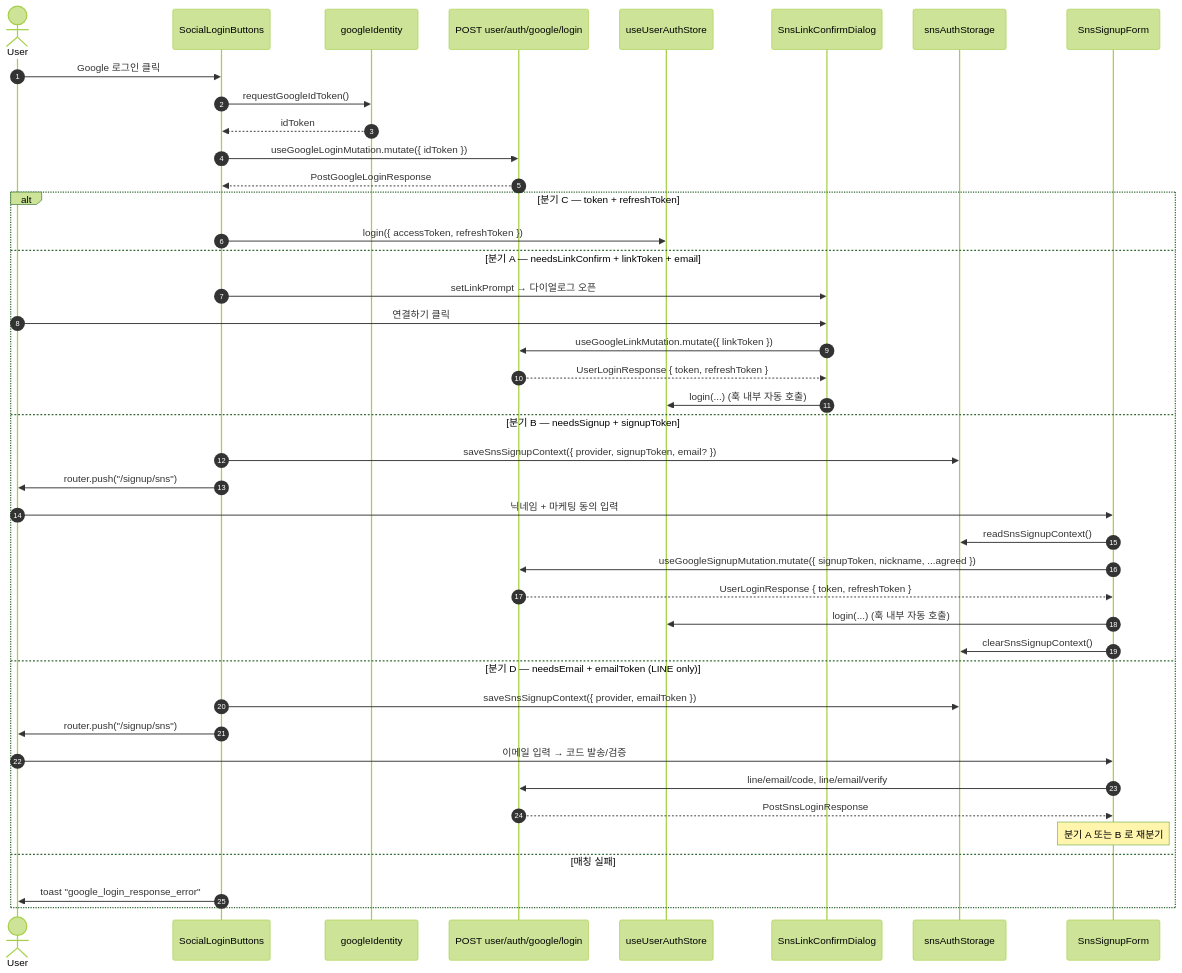
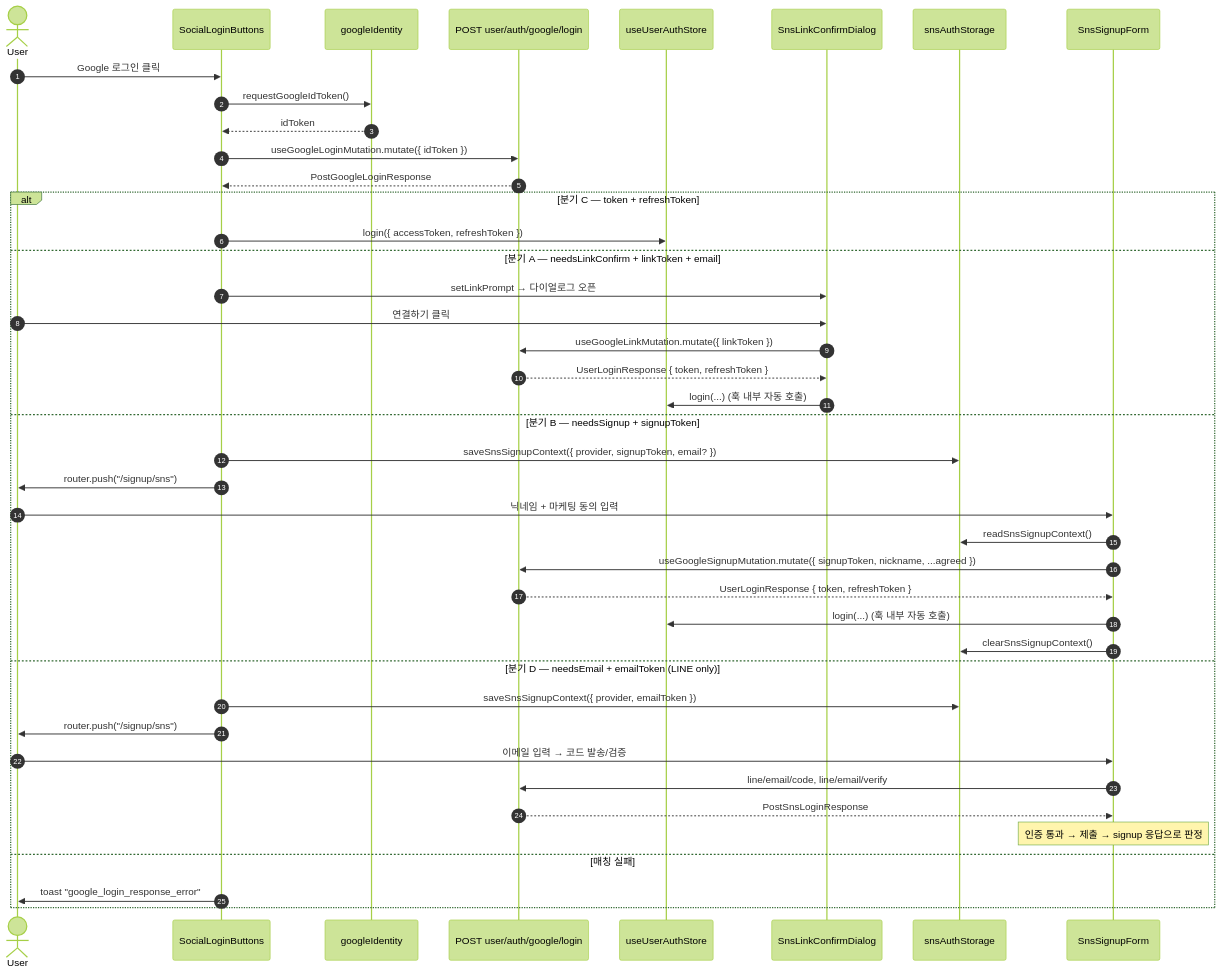
The second of 4 diagrams in apps/web/docs/auth.md (SeoulMomentTech/seoul-moment-fe), drawn with Mermaid (forest theme) before and after one commit. The commit also changed other lines of this file and 4 other files, not shown here.

````diff
--- a/apps/web/docs/auth.md
+++ b/apps/web/docs/auth.md
@@ -112,46 +112,46 @@
 ```mermaid
 sequenceDiagram
     autonumber
     actor U as User
     participant SB as SocialLoginButtons
     participant GI as googleIdentity
     participant API as POST user/auth/google/login
     participant Store as useUserAuthStore
     participant Dlg as SnsLinkConfirmDialog
     participant SS as snsAuthStorage
     participant Form as SnsSignupForm
 
     U->>SB: Google 로그인 클릭
     SB->>GI: requestGoogleIdToken()
     GI-->>SB: idToken
     SB->>API: useGoogleLoginMutation.mutate({ idToken })
     API-->>SB: PostGoogleLoginResponse
 
     alt 분기 C — token + refreshToken
         SB->>Store: login({ accessToken, refreshToken })
     else 분기 A — needsLinkConfirm + linkToken + email
         SB->>Dlg: setLinkPrompt → 다이얼로그 오픈
         U->>Dlg: 연결하기 클릭
         Dlg->>API: useGoogleLinkMutation.mutate({ linkToken })
         API-->>Dlg: UserLoginResponse { token, refreshToken }
         Dlg->>Store: login(...) (훅 내부 자동 호출)
     else 분기 B — needsSignup + signupToken
         SB->>SS: saveSnsSignupContext({ provider, signupToken, email? })
         SB->>U: router.push("/signup/sns")
         U->>Form: 닉네임 + 마케팅 동의 입력
         Form->>SS: readSnsSignupContext()
         Form->>API: useGoogleSignupMutation.mutate({ signupToken, nickname, ...agreed })
         API-->>Form: UserLoginResponse { token, refreshToken }
         Form->>Store: login(...) (훅 내부 자동 호출)
         Form->>SS: clearSnsSignupContext()
     else 분기 D — needsEmail + emailToken (LINE only)
         SB->>SS: saveSnsSignupContext({ provider, emailToken })
         SB->>U: router.push("/signup/sns")
         U->>Form: 이메일 입력 → 코드 발송/검증
         Form->>API: line/email/code, line/email/verify
         API-->>Form: PostSnsLoginResponse
-        Note over Form: 분기 A 또는 B 로 재분기
+        Note over Form: 인증 통과 → 제출 → signup 응답으로 판정
     else 매칭 실패
         SB->>U: toast "google_login_response_error"
     end
 ```
````
